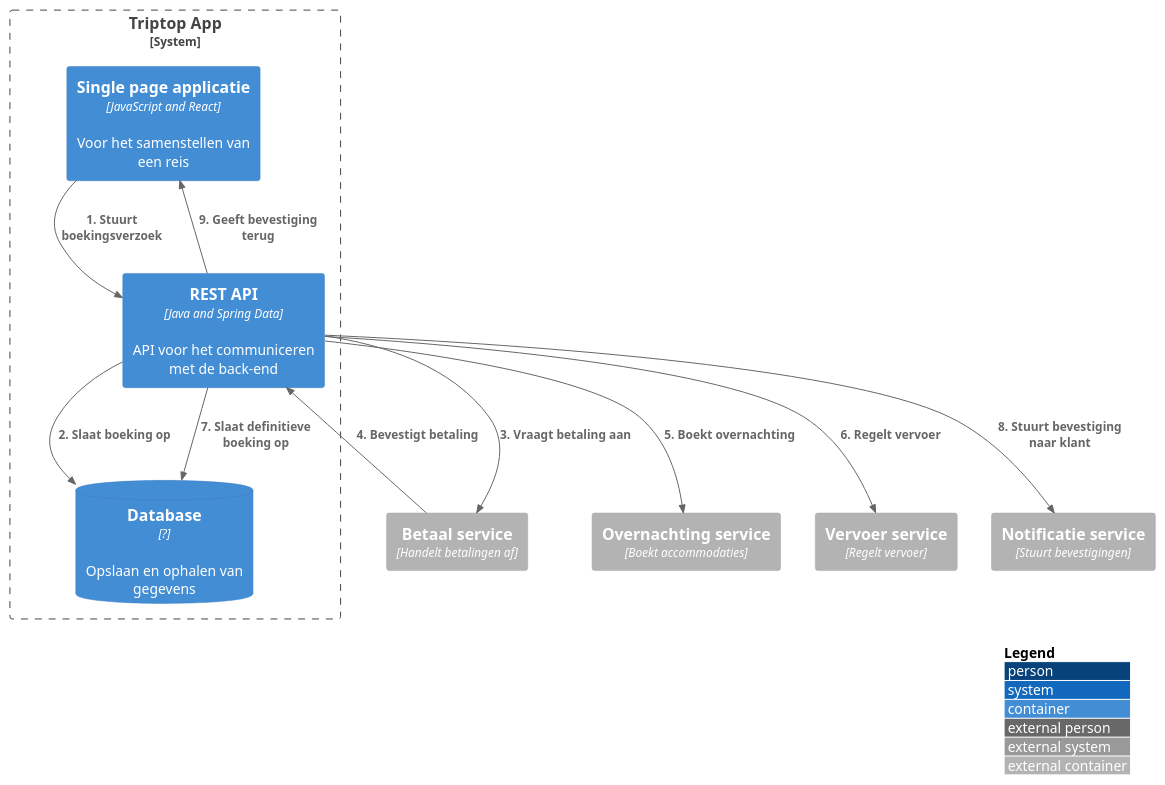
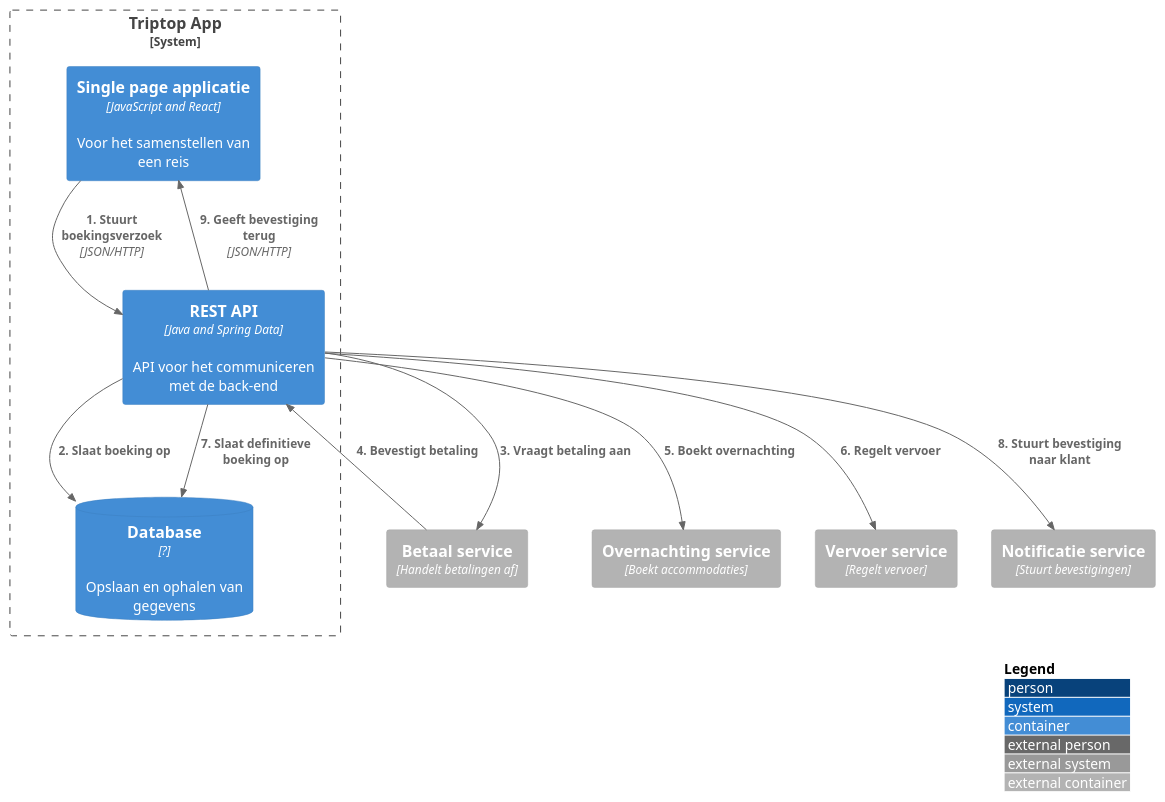
One commit to AIM-ENE-feb25/triptop-de-broederbond-fgs changed the diagram in persoonlijkeUitwerkingen/reis-boeken-container-diagram.puml. Above: the diagram before and after it, drawn with PlantUML. The commit also changed 1 other file, not shown here.

```diff
--- a/persoonlijkeUitwerkingen/reis-boeken-container-diagram.puml
+++ b/persoonlijkeUitwerkingen/reis-boeken-container-diagram.puml
@@ -1,32 +1,30 @@
 @startuml
 
 !include https://raw.githubusercontent.com/plantuml-stdlib/C4-PlantUML/master/C4_Container.puml
 
 SHOW_PERSON_OUTLINE()
 LAYOUT_WITH_LEGEND()
-
 
 System_Boundary(tripTopApp, "Triptop App") {
     Container(singlePageApp, "Single page applicatie", "JavaScript and React", "Voor het samenstellen van een reis")
     Container(restAPI, "REST API", "Java and Spring Data", "API voor het communiceren met de back-end")
     ContainerDb(database, "Database", "?", "Opslaan en ophalen van gegevens")
 }
 
 Container_Ext(overnachtingService, "Overnachting service", "Boekt accommodaties")
 Container_Ext(vervoerService, "Vervoer service", "Regelt vervoer")
 Container_Ext(paymentService, "Betaal service", "Handelt betalingen af")
 Container_Ext(noticationService, "Notificatie service", "Stuurt bevestigingen")
 
-' **Dynamische Stroom: Boekingsproces**
-Rel_D(singlePageApp, restAPI, "1. Stuurt boekingsverzoek")
+Rel_D(singlePageApp, restAPI, "1. Stuurt boekingsverzoek", "JSON/HTTP")
 ' Om te voorkomen dat een andere gebruiken deze boeking kan 'overnemen'
 Rel_D(restAPI, database, "2. Slaat boeking op")
 Rel_D(restAPI, paymentService, "3. Vraagt betaling aan")
 Rel_D(paymentService, restAPI, "4. Bevestigt betaling")
 Rel_D(restAPI, overnachtingService, "5. Boekt overnachting")
 Rel_D(restAPI, vervoerService, "6. Regelt vervoer")
 Rel_D(restAPI, database, "7. Slaat definitieve boeking op")
 Rel_D(restAPI, noticationService, "8. Stuurt bevestiging naar klant")
-Rel(restAPI, singlePageApp, "9. Geeft bevestiging terug")
+Rel(restAPI, singlePageApp, "9. Geeft bevestiging terug", "JSON/HTTP")
 
 @enduml
```
